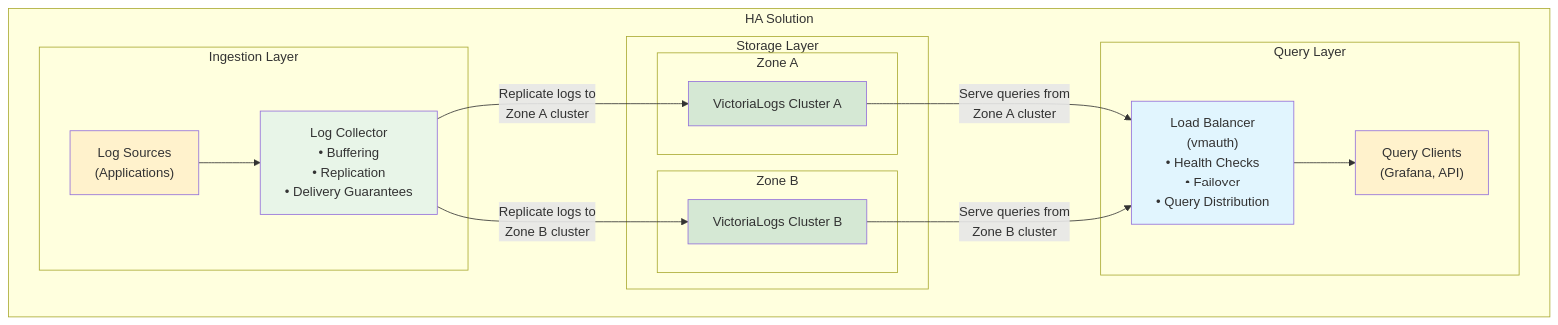
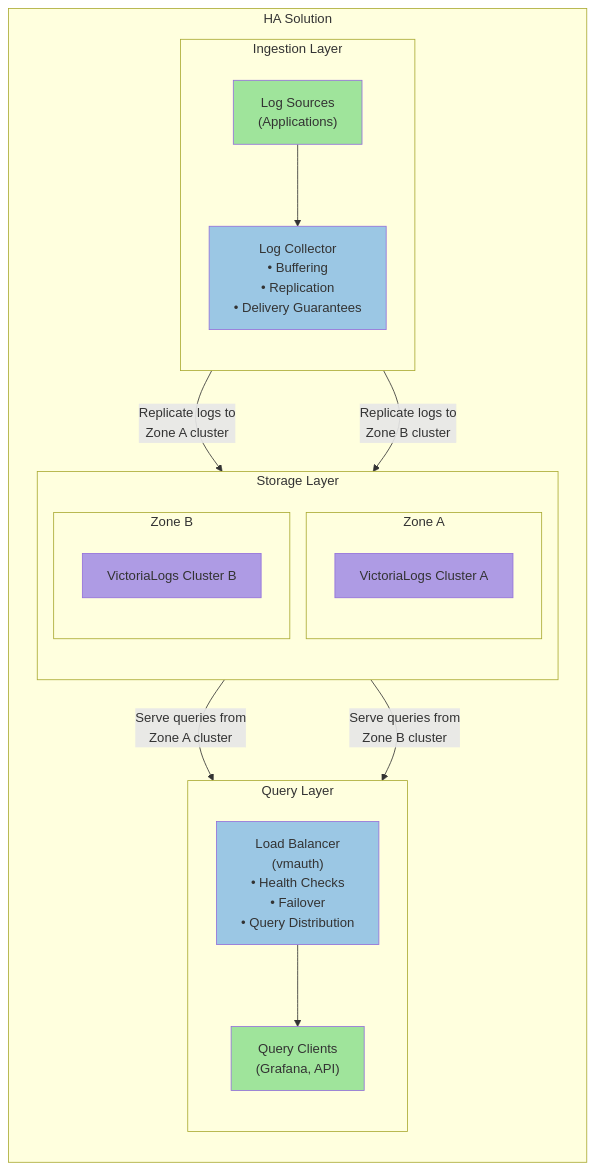
One commit to rusbomber/VictoriaLogs changed the third of 3 diagrams in docs/victorialogs/cluster.md. Above: the diagram before and after it, drawn with Mermaid. The commit also changed other lines of this file, not shown here.

Commit message:
cluster.md: fix typos and improve Mermaid readability (#739)

````diff
--- a/docs/victorialogs/cluster.md
+++ b/docs/victorialogs/cluster.md
@@ -119,39 +133,44 @@
 ```mermaid
-graph TD
-    subgraph "HA Solution"
-        subgraph "Ingestion Layer"
-            LS["Log Sources<br/>(Applications)"]
-            VLAGENT["Log Collector<br/>• Buffering<br/>• Replication<br/>• Delivery Guarantees"]
-        end
-        
-        subgraph "Storage Layer"
-            subgraph "Zone A"
-                VLA["VictoriaLogs Cluster A"]
-            end
-            
-            subgraph "Zone B"
-                VLB["VictoriaLogs Cluster B"]
-            end
-        end
-        
-        subgraph "Query Layer"
-            LB["Load Balancer<br/>(vmauth)<br/>• Health Checks<br/>• Failover<br/>• Query Distribution"]
-            QC["Query Clients<br/>(Grafana, API)"]
-        end
-        
-        LS --> VLAGENT
-        VLAGENT -->|"Replicate logs to<br/>Zone A cluster"| VLA
-        VLAGENT -->|"Replicate logs to<br/>Zone B cluster"| VLB
-        
-        VLA -->|"Serve queries from<br/>Zone A cluster"| LB
-        VLB -->|"Serve queries from<br/>Zone B cluster"| LB
-        LB --> QC
-        
-        style VLAGENT fill:#e8f5e8
-        style VLA fill:#d5e8d4
-        style VLB fill:#d5e8d4
-        style LB fill:#e1f5fe
-        style QC fill:#fff2cc
-        style LS fill:#fff2cc
+flowchart TB
+  subgraph haSolution["HA Solution"]
+    direction TB
+
+    subgraph ingestion["Ingestion Layer"]
+      direction TB
+      LS["Log Sources<br/>(Applications)"]
+      VLAGENT["Log Collector<br/>• Buffering<br/>• Replication<br/>• Delivery Guarantees"]
+      LS --> VLAGENT
     end
+
+    subgraph storage["Storage Layer"]
+      direction TB
+
+      subgraph zoneA["Zone A"]
+        VLA["VictoriaLogs Cluster A"]
+      end
+
+      subgraph zoneB["Zone B"]
+        VLB["VictoriaLogs Cluster B"]
+      end
+
+      VLAGENT -->|"Replicate logs to<br/>Zone A cluster"| VLA
+      VLAGENT -->|"Replicate logs to<br/>Zone B cluster"| VLB
+    end
+
+    subgraph query["Query Layer"]
+      direction TB
+      LB["Load Balancer<br/>(vmauth)<br/>• Health Checks<br/>• Failover<br/>• Query Distribution"]
+      QC["Query Clients<br/>(Grafana, API)"]
+      VLA -->|"Serve queries from<br/>Zone A cluster"| LB
+      VLB -->|"Serve queries from<br/>Zone B cluster"| LB
+      LB --> QC
+    end
+  end
+
+style VLAGENT fill:#9bc7e4
+style VLA fill:#ae9be4
+style VLB fill:#ae9be4
+style LB fill:#9bc7e4
+style QC fill:#9fe49b
+style LS fill:#9fe49b
 ```
````
